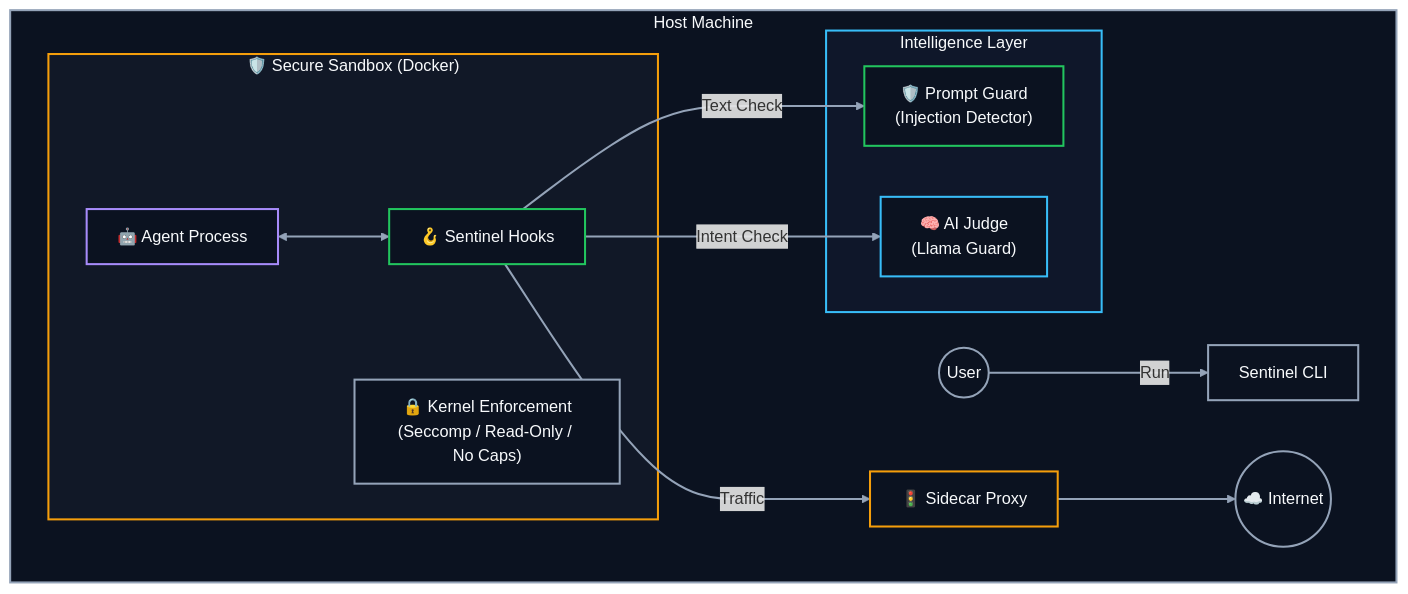
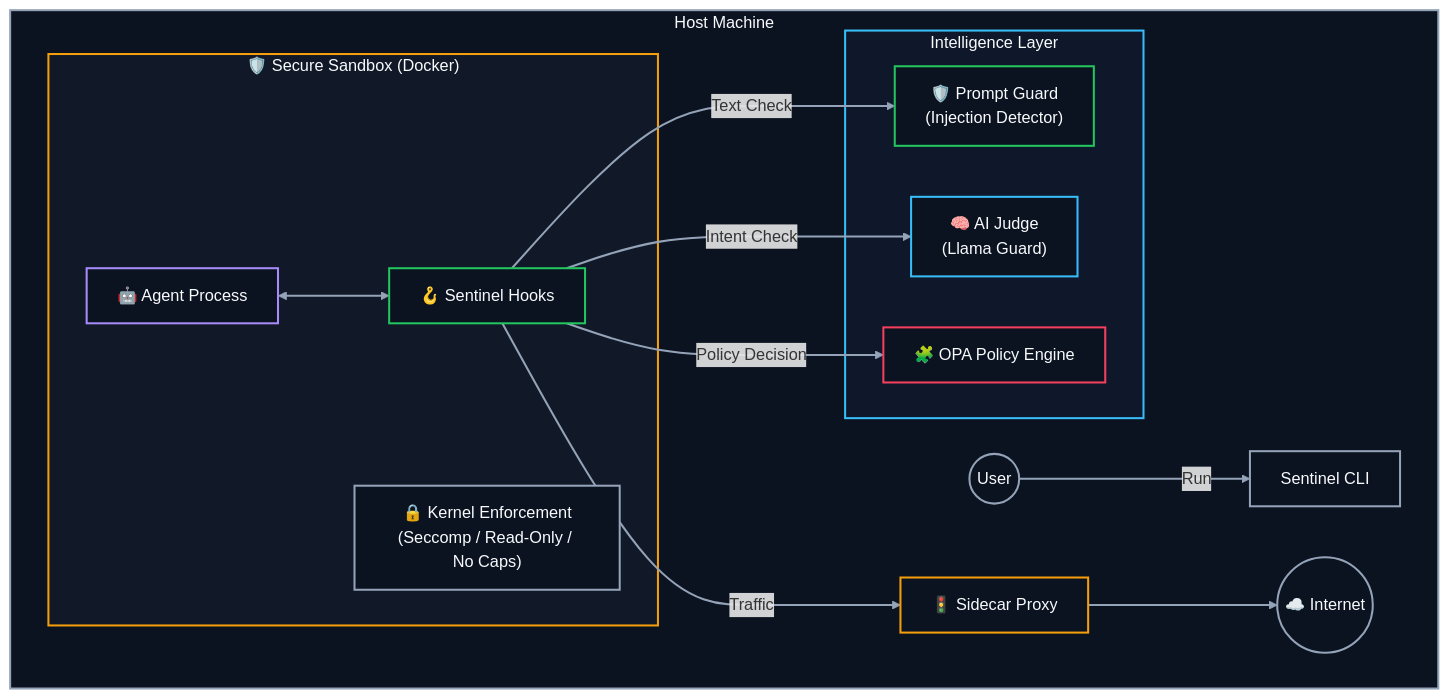
Before and after one commit to martin-tii/sentinel-guard: the diagram in README.md, drawn with Mermaid.

Commit message:
docs: include OPA in main architecture diagram

````diff
--- a/README.md
+++ b/README.md
@@ -48,47 +48,50 @@
 ```mermaid
 graph TD
     subgraph Host ["Host Machine"]
         style Host fill:#0b1220,stroke:#94a3b8,stroke-width:2px,color:#f8fafc
 
         User((User)) -->|Run| CLI["Sentinel CLI"]
 
         subgraph Sandbox ["🛡️ Secure Sandbox (Docker)"]
             style Sandbox fill:#111827,stroke:#f59e0b,stroke-width:2px,color:#f8fafc
 
             Agent["🤖 Agent Process"]
             Hooks["🪝 Sentinel Hooks"]
             Kernel["🔒 Kernel Enforcement\n(Seccomp / Read-Only / No Caps)"]
 
             Agent <--> Hooks
         end
 
         subgraph Models ["Intelligence Layer"]
             style Models fill:#0f172a,stroke:#38bdf8,stroke-width:2px,color:#f8fafc
             PG["🛡️ Prompt Guard\n(Injection Detector)"]
             Judge["🧠 AI Judge\n(Llama Guard)"]
+            OPA["🧩 OPA Policy Engine"]
         end
 
         Proxy["🚦 Sidecar Proxy"]
         Internet((☁️ Internet))
 
         %% Connections
         Hooks -->|Text Check| PG
         Hooks -->|Intent Check| Judge
+        Hooks -->|Policy Decision| OPA
         Hooks -->|Traffic| Proxy
         Proxy --> Internet
     end
 
     %% Node styles
     style User fill:#0b1220,stroke:#94a3b8,stroke-width:2px,color:#f8fafc
     style CLI fill:#0b1220,stroke:#94a3b8,stroke-width:2px,color:#f8fafc
     style Agent fill:#0b1220,stroke:#a78bfa,stroke-width:2px,color:#f8fafc
     style Hooks fill:#0b1220,stroke:#22c55e,stroke-width:2px,color:#f8fafc
     style Kernel fill:#0b1220,stroke:#94a3b8,stroke-width:2px,color:#f8fafc
     style PG fill:#0b1220,stroke:#22c55e,stroke-width:2px,color:#f8fafc
     style Judge fill:#0b1220,stroke:#38bdf8,stroke-width:2px,color:#f8fafc
+    style OPA fill:#0b1220,stroke:#f43f5e,stroke-width:2px,color:#f8fafc
     style Proxy fill:#0b1220,stroke:#f59e0b,stroke-width:2px,color:#f8fafc
     style Internet fill:#0b1220,stroke:#94a3b8,stroke-width:2px,color:#f8fafc
 
     %% Link styling
     linkStyle default stroke:#94a3b8,stroke-width:2px,fill:none;
 ```
````
